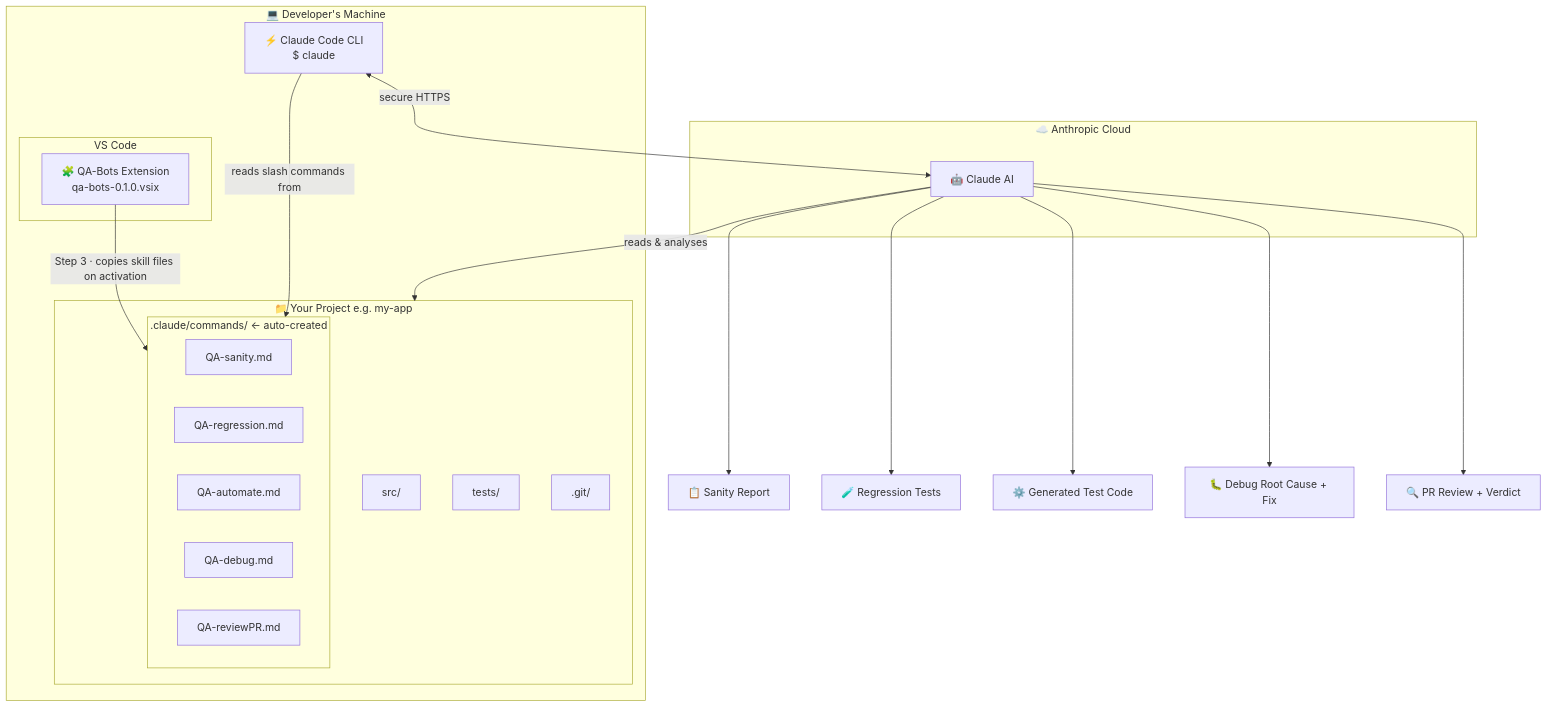
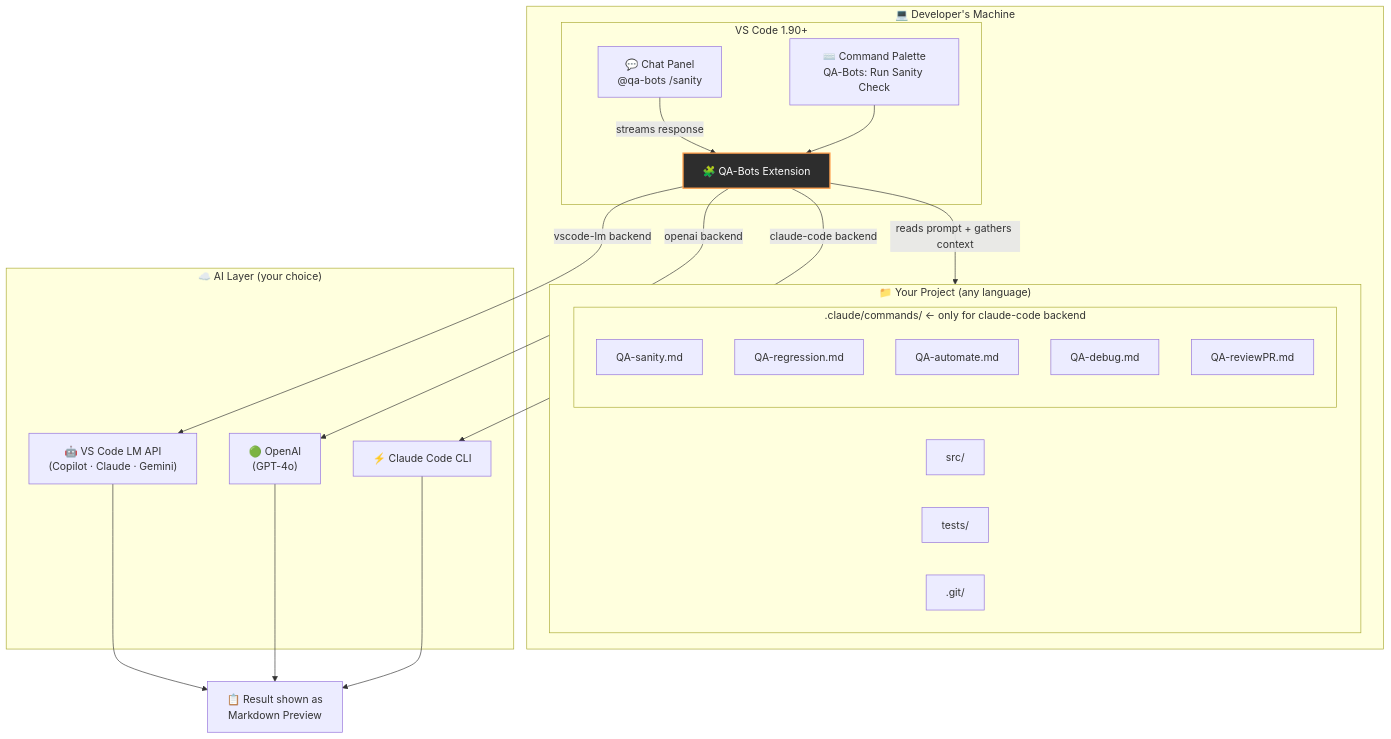
One commit to mredzmi/RobotBDD changed the second of 5 diagrams in README.md. Above: the diagram before and after it, drawn with Mermaid. The commit also changed other lines of this file and 4 other files, not shown here.

First line of the commit message:
feat: add any-AI support — VS Code LM API, OpenAI, and Claude Code backends

````diff
--- a/README.md
+++ b/README.md
@@ -9,38 +31,42 @@
 ```mermaid
 flowchart TD
     subgraph DEV["💻 Developer's Machine"]
-        subgraph VSCODE["VS Code"]
-            EXT["🧩 QA-Bots Extension\nqa-bots-0.1.0.vsix"]
+        subgraph VSCODE["VS Code 1.90+"]
+            EXT["🧩 QA-Bots Extension"]
+            CHAT["💬 Chat Panel\n@qa-bots /sanity"]
+            CMD["⌨️ Command Palette\nQA-Bots: Run Sanity Check"]
         end
 
-        subgraph PROJECT["📁 Your Project  e.g. my-app"]
+        subgraph PROJECT["📁 Your Project  (any language)"]
             SRC["src/"]
             TESTS["tests/"]
             GIT[".git/"]
-            subgraph CLAUDE_DIR[".claude/commands/  ← auto-created"]
+            subgraph CLAUDE_DIR[".claude/commands/  ← only for claude-code backend"]
                 S["QA-sanity.md"]
                 R["QA-regression.md"]
                 A["QA-automate.md"]
                 D["QA-debug.md"]
                 P["QA-reviewPR.md"]
             end
         end
-
-        CLI["⚡ Claude Code CLI\n$ claude"]
     end
 
-    subgraph CLOUD["☁️ Anthropic Cloud"]
-        AI["🤖 Claude AI"]
+    subgraph AI_LAYER["☁️ AI Layer  (your choice)"]
+        VSLM["🤖 VS Code LM API\n(Copilot · Claude · Gemini)"]
+        OAI["🟢 OpenAI\n(GPT-4o)"]
+        CC["⚡ Claude Code CLI"]
     end
 
-    EXT -->|"Step 3 · copies skill files on activation"| CLAUDE_DIR
-    CLI -->|"reads slash commands from"| CLAUDE_DIR
-    CLI <-->|"secure HTTPS"| AI
-    AI -->|"reads & analyses"| PROJECT
+    CHAT -->|"streams response"| EXT
+    CMD --> EXT
+    EXT -->|"reads prompt + gathers context"| PROJECT
+    EXT -->|"vscode-lm backend"| VSLM
+    EXT -->|"openai backend"| OAI
+    EXT -->|"claude-code backend"| CC
 
-    AI --> OUT1["📋 Sanity Report"]
-    AI --> OUT2["🧪 Regression Tests"]
-    AI --> OUT3["⚙️ Generated Test Code"]
-    AI --> OUT4["🐛 Debug Root Cause + Fix"]
-    AI --> OUT5["🔍 PR Review + Verdict"]
+    VSLM --> OUT["📋 Result shown as\nMarkdown Preview"]
+    OAI --> OUT
+    CC --> OUT
+
+    style EXT fill:#2d2d2d,color:#fff,stroke:#ff9e4a,stroke-width:2px
 ```
````
